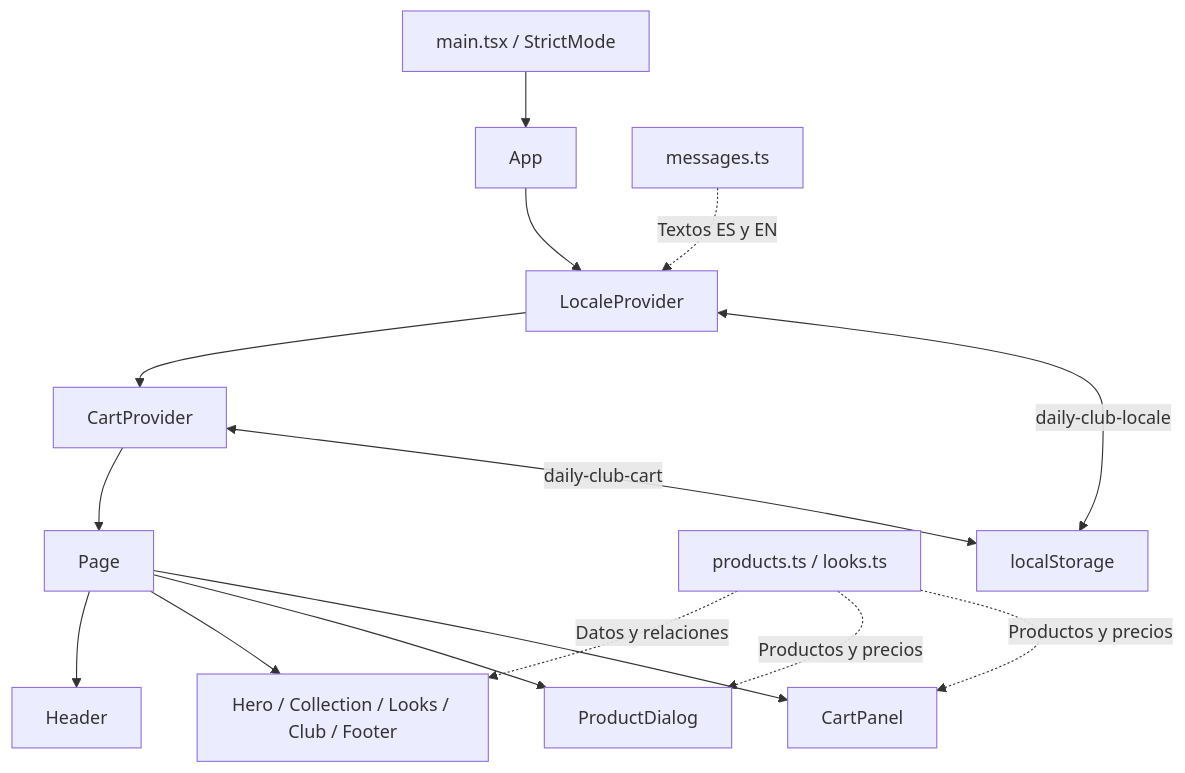
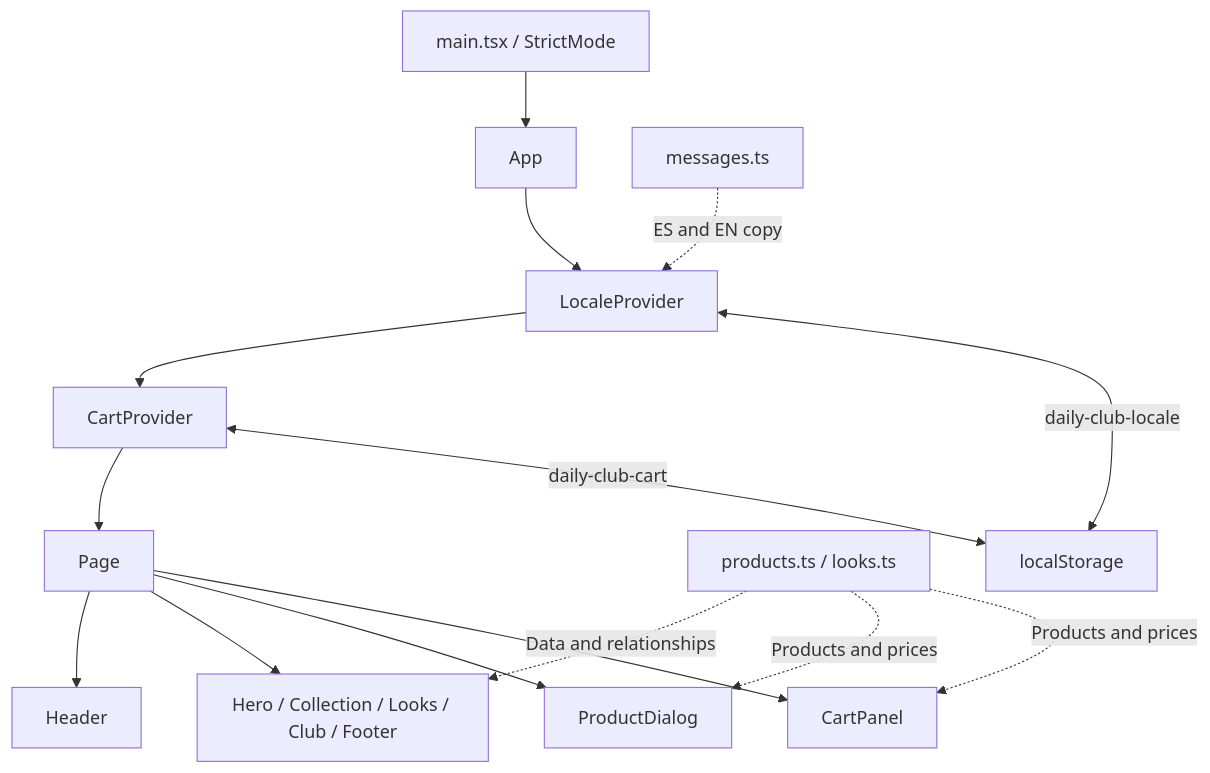
One commit to Donovan-Nudrak/daily-club changed the first of 2 diagrams in README.md. Above: the diagram before and after it, drawn with Mermaid. The commit also changed other lines of this file and 1 other file, not shown here.

````diff
--- a/README.md
+++ b/README.md
@@ -88,17 +88,17 @@
 ```mermaid
 flowchart TD
     entry["main.tsx / StrictMode"] --> app["App"]
     app --> localeProvider["LocaleProvider"]
     localeProvider --> cartProvider["CartProvider"]
     cartProvider --> page["Page"]
     page --> header["Header"]
     page --> sections["Hero / Collection / Looks / Club / Footer"]
     page --> productDialog["ProductDialog"]
     page --> cartPanel["CartPanel"]
-    catalog["products.ts / looks.ts"] -.->|"Datos y relaciones"| sections
-    catalog -.->|"Productos y precios"| productDialog
-    catalog -.->|"Productos y precios"| cartPanel
-    copy["messages.ts"] -.->|"Textos ES y EN"| localeProvider
+    catalog["products.ts / looks.ts"] -.->|"Data and relationships"| sections
+    catalog -.->|"Products and prices"| productDialog
+    catalog -.->|"Products and prices"| cartPanel
+    copy["messages.ts"] -.->|"ES and EN copy"| localeProvider
     localeProvider <-->|"daily-club-locale"| storage["localStorage"]
     cartProvider <-->|"daily-club-cart"| storage
 ```
````
